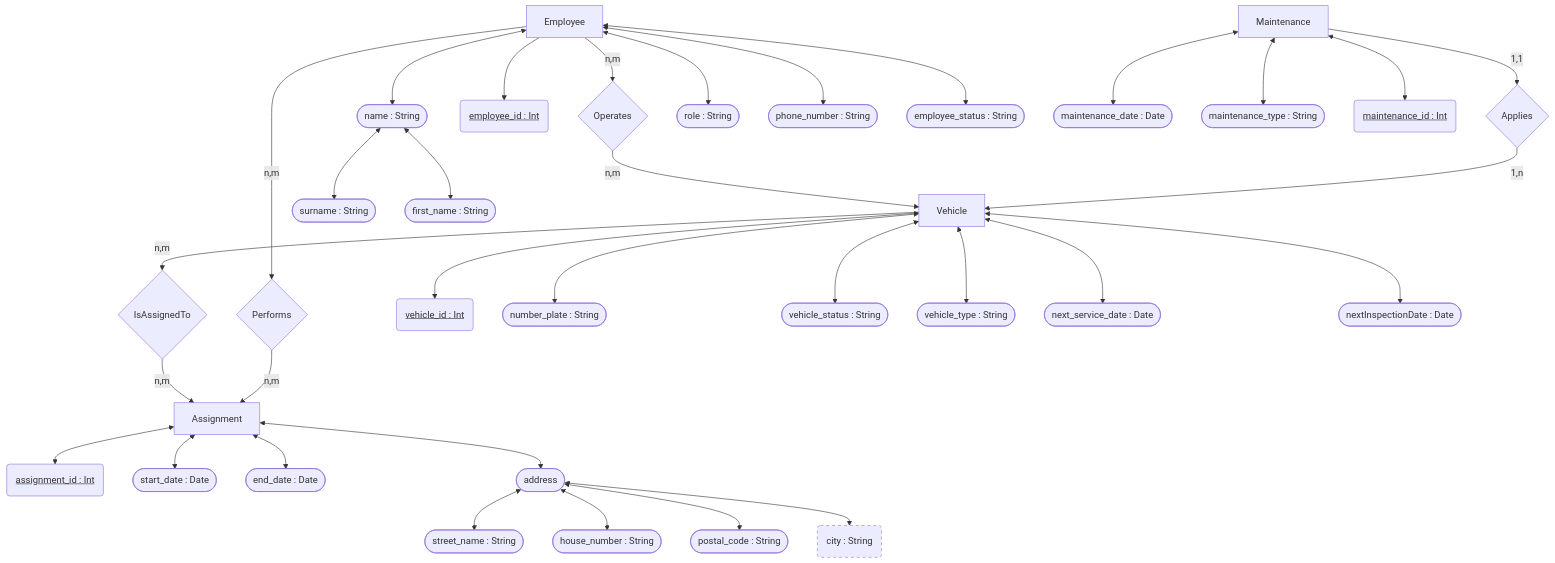
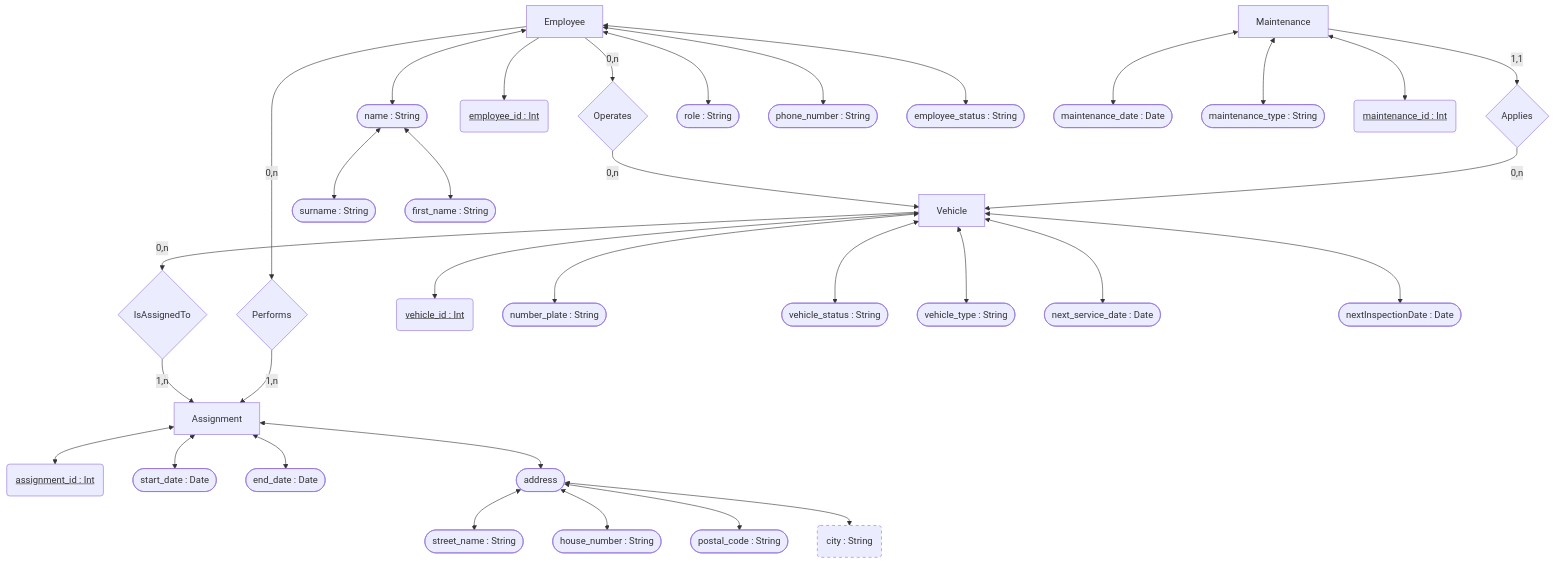
Before and after one commit to MatiasHeiberg/sibdat25_DatabaseProject: the diagram in docs/Conceptual Model.md, drawn with Mermaid. The commit also changed other lines of this file and 2 other files, not shown here.

````diff
--- a/docs/Conceptual Model.md
+++ b/docs/Conceptual Model.md
@@ -3,47 +3,47 @@
 ```mermaid  
 flowchart TB
 
 Maintenance[Maintenance] --> |1,1|Applies{Applies} 
-Applies{Applies} --> |1,n|Vehicle[Vehicle]
+Applies{Applies} --> |0,n|Vehicle[Vehicle]
 
-Employee[Employee] --> |n,m|Performs{Performs} 
-Performs{Performs} --> |n,m|Assignment[Assignment]
+Employee[Employee] --> |0,n|Performs{Performs} 
+Performs{Performs} --> |1,n|Assignment[Assignment]
 
-Vehicle[Vehicle] --> |n,m|IsAssignedTo{IsAssignedTo}
-IsAssignedTo{IsAssignedTo} --> |n,m|Assignment[Assignment]
+Vehicle[Vehicle] --> |0,n|IsAssignedTo{IsAssignedTo}
+IsAssignedTo{IsAssignedTo} --> |1,n|Assignment[Assignment]
 
-Employee[Employee] --> |n,m|Operates{Operates} 
-Operates{Operates} --> |n,m|Vehicle[Vehicle]
+Employee[Employee] --> |0,n|Operates{Operates} 
+Operates{Operates} --> |0,n|Vehicle[Vehicle]
 
 Vehicle[Vehicle] <--> vehicle_id("<u>vehicle_id : Int</u>")
 Vehicle[Vehicle] <--> number_plate([number_plate : String])
 
 Vehicle[Vehicle] <--> vehicle_status([vehicle_status : String])
 Vehicle[Vehicle] <--> vehicle_type([vehicle_type : String])
 Vehicle[Vehicle] <--> next_service_date([next_service_date : Date])
 Vehicle[Vehicle] <--> nextInspectionDate([nextInspectionDate : Date])
 
 Employee[Employee] --> employee_id("<u>employee_id : Int</u>")
 Employee[Employee] <--> name([name : String])
 name([name : String]) <--> surname([surname : String])
 name([name : String]) <--> first_name([first_name : String])
 Employee[Employee] <--> role([role : String])
 Employee[Employee] <--> phone_number([phone_number : String]) 
 Employee[Employee] <--> employee_status([employee_status : String]) 
 
 Assignment[Assignment] <--> assignment_id("<u>assignment_id : Int</u>") 
 Assignment[Assignment] <--> start_date([start_date : Date])
 Assignment[Assignment] <--> end_date([end_date : Date])
 
 Assignment[Assignment] <--> address([address : String])
 address([address]) <--> street_name([street_name : String])
 address([address]) <--> house_number([house_number : String])
 address([address]) <--> postal_code([postal_code : String])
 address([address]) <--> city(city : String)
 style city stroke-dasharray: 5 5
 
 Maintenance[Maintenance] <--> maintenance_date([maintenance_date : Date])
 Maintenance[Maintenance] <--> maintenance_type([maintenance_type : String])
 Maintenance[Maintenance] <--> maintenance_id("<u>maintenance_id : Int</u>")
 
 ```
````
